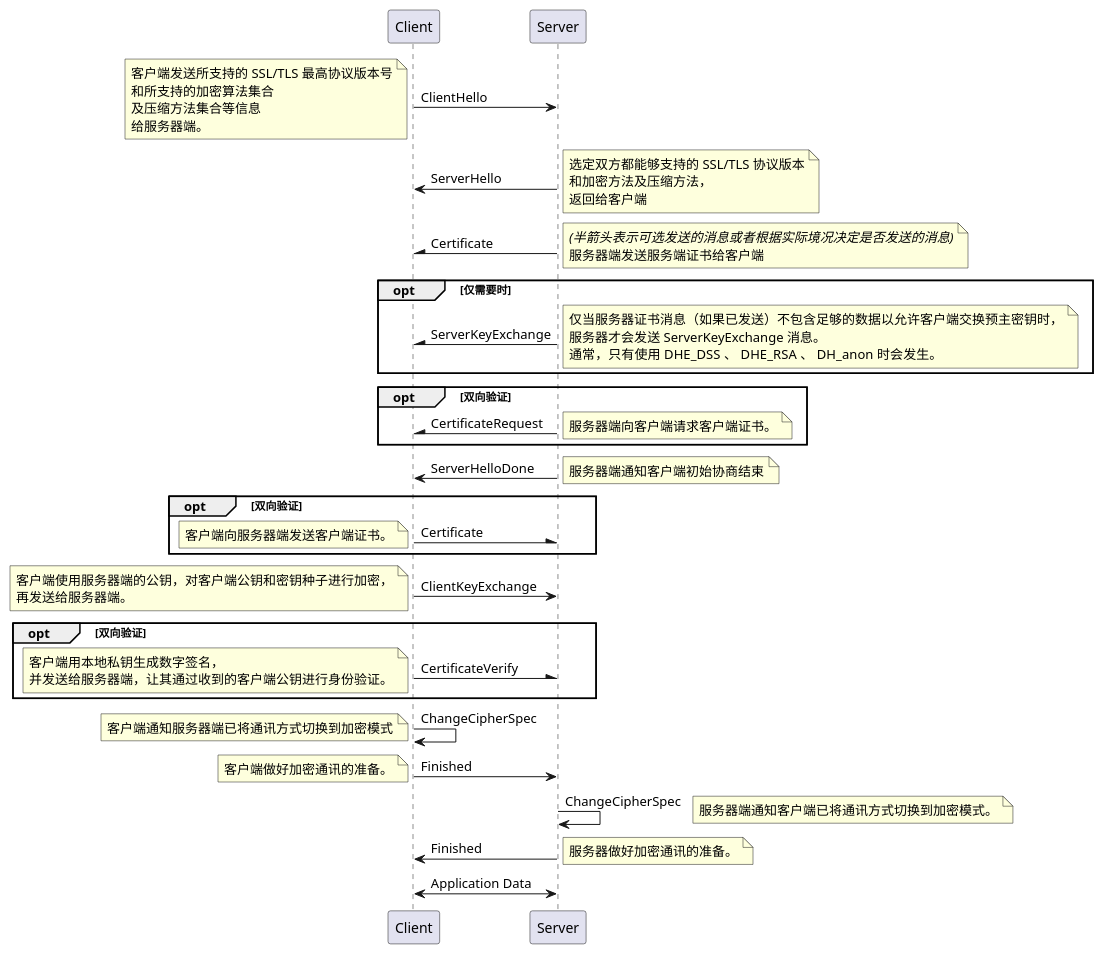
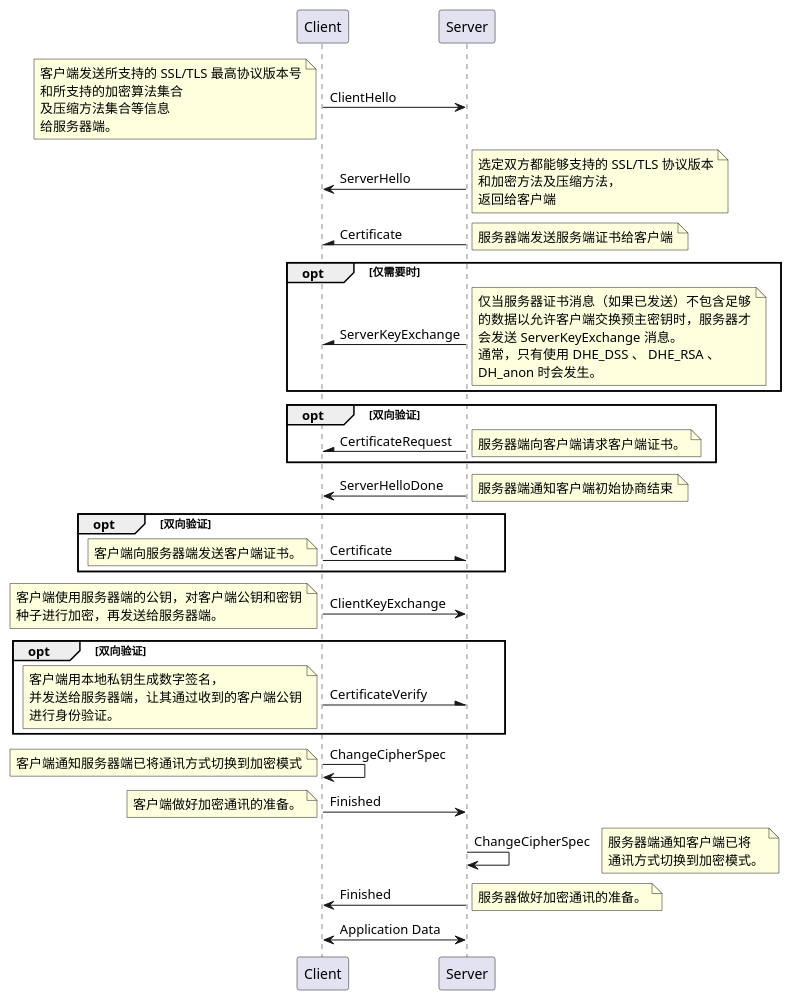
Before and after one commit to zeerd/zeerd.github.io: the first of 4 diagrams in _posts/2022-09-10-openssl-tls.md, drawn with PlantUML. The commit also changed other lines of this file and 5 other files, not shown here.

Commit message:
modify plantuml

````diff
--- a/_posts/2022-09-10-openssl-tls.md
+++ b/_posts/2022-09-10-openssl-tls.md
@@ -18,73 +18,76 @@
 ```plantuml
 Client -> Server : ClientHello
 note left
   客户端发送所支持的 SSL/TLS 最高协议版本号
   和所支持的加密算法集合
   及压缩方法集合等信息
   给服务器端。
 end note
 Server -> Client : ServerHello
 note right
   选定双方都能够支持的 SSL/TLS 协议版本
   和加密方法及压缩方法，
   返回给客户端
 end note
 Server -\ Client : Certificate
 note right
-  //(半箭头表示可选发送的消息或者根据实际境况决定是否发送的消息)//
   服务器端发送服务端证书给客户端
 end note
 opt 仅需要时
   Server -\ Client : ServerKeyExchange
   note right
-    仅当服务器证书消息（如果已发送）不包含足够的数据以允许客户端交换预主密钥时，
-    服务器才会发送 ServerKeyExchange 消息。
-    通常，只有使用 DHE_DSS 、 DHE_RSA 、  DH_anon 时会发生。
+    仅当服务器证书消息（如果已发送）不包含足够
+    的数据以允许客户端交换预主密钥时，服务器才
+    会发送 ServerKeyExchange 消息。
+    通常，只有使用 DHE_DSS 、 DHE_RSA 、
+    DH_anon 时会发生。
   end note
 end
 opt 双向验证
   Server -\ Client : CertificateRequest
   note right
     服务器端向客户端请求客户端证书。
   end note
 end
 Server -> Client : ServerHelloDone
 note right
   服务器端通知客户端初始协商结束
 end note
 opt 双向验证
   Client -\ Server : Certificate
   note left
     客户端向服务器端发送客户端证书。
   end note
 end
 Client -> Server : ClientKeyExchange
 note left
-  客户端使用服务器端的公钥，对客户端公钥和密钥种子进行加密，
-  再发送给服务器端。
+  客户端使用服务器端的公钥，对客户端公钥和密钥
+  种子进行加密，再发送给服务器端。
 end note
 opt 双向验证
   Client -\ Server : CertificateVerify
   note left
     客户端用本地私钥生成数字签名，
-    并发送给服务器端，让其通过收到的客户端公钥进行身份验证。
+    并发送给服务器端，让其通过收到的客户端公钥
+    进行身份验证。
   end note
 end
 Client -> Client : ChangeCipherSpec
 note left
   客户端通知服务器端已将通讯方式切换到加密模式
 end note
 Client -> Server : Finished
 note left
   客户端做好加密通讯的准备。
 end note
 Server -> Server : ChangeCipherSpec
 note right
-  服务器端通知客户端已将通讯方式切换到加密模式。
+  服务器端通知客户端已将
+  通讯方式切换到加密模式。
 end note
 Server -> Client : Finished
 note right
    服务器做好加密通讯的准备。
 end note
 Client <-> Server : Application Data
 ```
````
